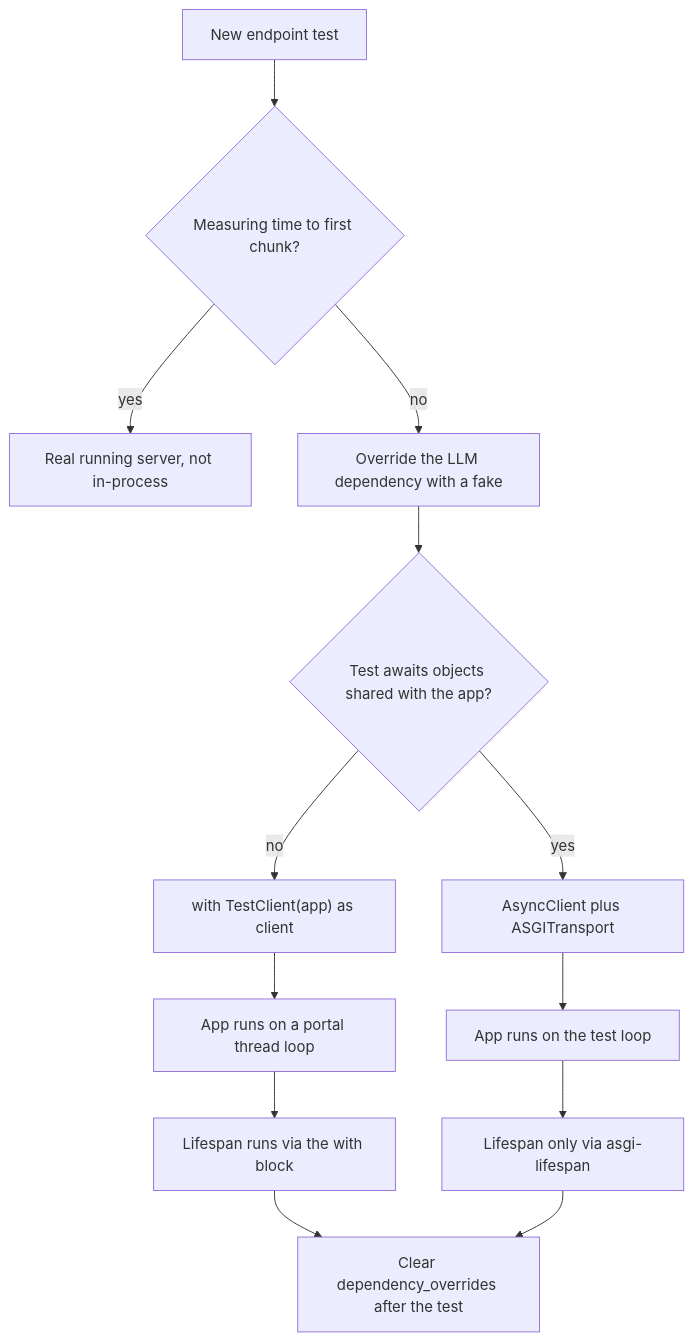
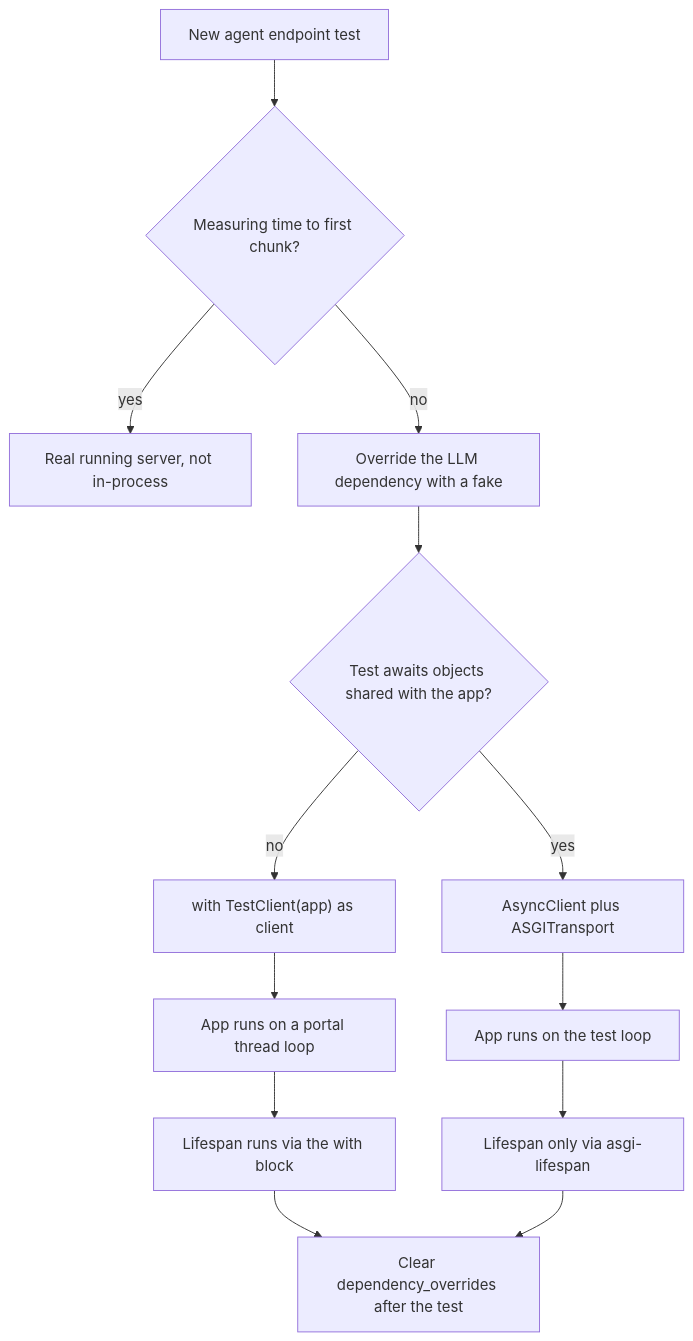
One commit to lovishmahajan97/agentic-learning changed the diagram in content/fastapi-for-ai/testclient-plus-pytest-asyncio.md. Above: the diagram before and after it, drawn with Mermaid. The commit also changed other lines of this file and 266 other files, not shown here.

````diff
--- a/content/fastapi-for-ai/testclient-plus-pytest-asyncio.md
+++ b/content/fastapi-for-ai/testclient-plus-pytest-asyncio.md
@@ -102,15 +120,15 @@
 ```mermaid
 flowchart TD
-    T["New endpoint test"] --> L{"Measuring time to first chunk?"}
+    T["New agent endpoint test"] --> L{"Measuring time to first chunk?"}
     L -->|"yes"| SRV["Real running server, not in-process"]
     L -->|"no"| F["Override the LLM dependency with a fake"]
     F --> Q{"Test awaits objects shared with the app?"}
     Q -->|"no"| TC["with TestClient(app) as client"]
     TC --> PT["App runs on a portal thread loop"]
     PT --> LS1["Lifespan runs via the with block"]
     Q -->|"yes"| AC["AsyncClient plus ASGITransport"]
     AC --> ONE["App runs on the test loop"]
     ONE --> LS2["Lifespan only via asgi-lifespan"]
     LS1 --> CLR["Clear dependency_overrides after the test"]
     LS2 --> CLR
 ```
````
